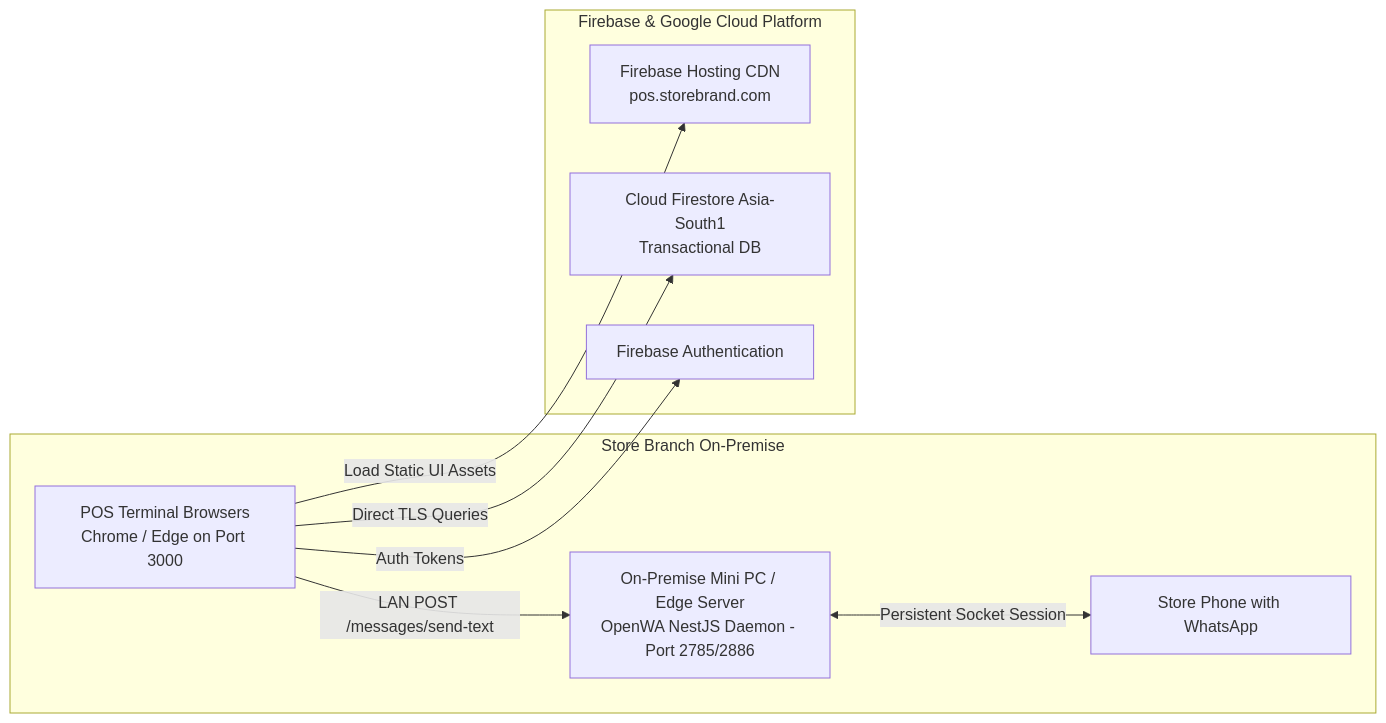
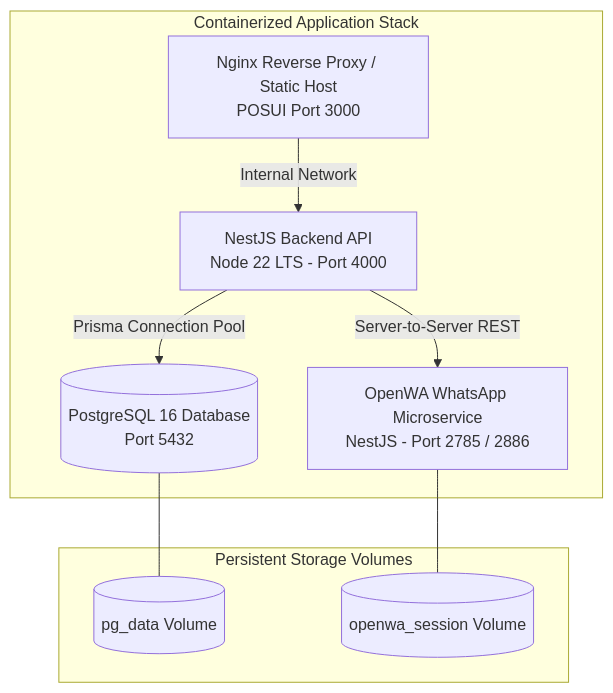
One commit to Jay-Kamat/POS-College-Project changed the diagram in docs/DEPLOYMENT.md. Above: the diagram before and after it, drawn with Mermaid. The commit also changed other lines of this file and 50 other files, not shown here.

````diff
--- a/docs/DEPLOYMENT.md
+++ b/docs/DEPLOYMENT.md
@@ -8,20 +6,20 @@
 ```mermaid
-graph LR
-    subgraph Store_Environment [Store Branch On-Premise]
-        Terminal[POS Terminal Browsers\nChrome / Edge on Port 3000]
-        StoreGateway[On-Premise Mini PC / Edge Server\nOpenWA NestJS Daemon - Port 2785/2886]
-        WhatsAppPhone[Store Phone with WhatsApp]
+graph TD
+    subgraph OnPremise_Or_Cloud [Containerized Application Stack]
+        Nginx[Nginx Reverse Proxy / Static Host\nPOSUI Port 3000]
+        BackendAPI[NestJS Backend API\nNode 22 LTS - Port 4000]
+        OpenWAGateway[OpenWA WhatsApp Microservice\nNestJS - Port 2785 / 2886]
+        PostgresDB[(PostgreSQL 16 Database\nPort 5432)]
     end
 
-    subgraph Google_Cloud [Firebase & Google Cloud Platform]
-        Hosting[Firebase Hosting CDN\npos.storebrand.com]
-        Firestore[Cloud Firestore Asia-South1\nTransactional DB]
-        Auth[Firebase Authentication]
+    subgraph Volumes [Persistent Storage Volumes]
+        PGData[(pg_data Volume)]
+        WASession[(openwa_session Volume)]
     end
 
-    Terminal -->|Load Static UI Assets| Hosting
-    Terminal -->|Direct TLS Queries| Firestore
-    Terminal -->|Auth Tokens| Auth
-    Terminal -->|LAN POST /messages/send-text| StoreGateway
-    StoreGateway <-->|Persistent Socket Session| WhatsAppPhone
+    Nginx -->|Internal Network| BackendAPI
+    BackendAPI -->|Prisma Connection Pool| PostgresDB
+    BackendAPI -->|Server-to-Server REST| OpenWAGateway
+    PostgresDB --- PGData
+    OpenWAGateway --- WASession
 ```
````
